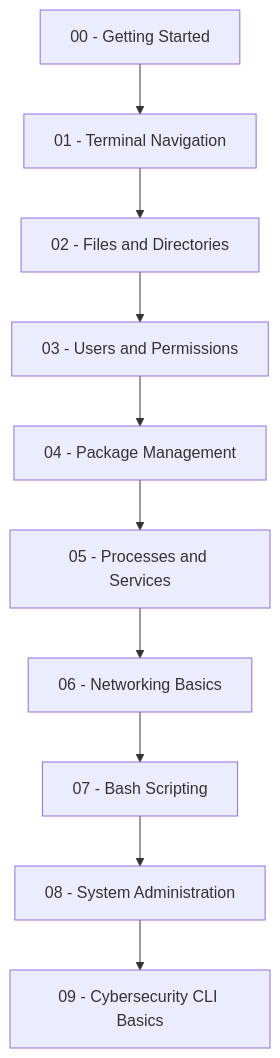
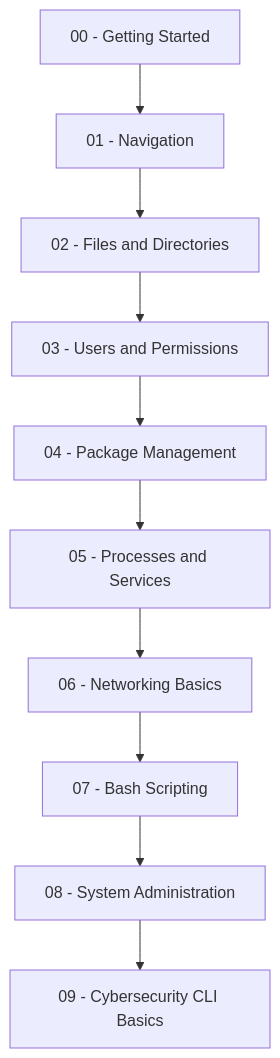
The first of 2 diagrams in README.md (m4ckDev/Linux-School), drawn with Mermaid before and after one commit. The commit also changed other lines of this file and 1 other file, not shown here.

Commit message:
Update README and roadmap with module progress

````diff
--- a/README.md
+++ b/README.md
@@ -84,12 +86,12 @@
 ```mermaid
 flowchart TD
-    A[00 - Getting Started] --> B[01 - Terminal Navigation]
+    A[00 - Getting Started] --> B[01 - Navigation]
     B --> C[02 - Files and Directories]
     C --> D[03 - Users and Permissions]
     D --> E[04 - Package Management]
     E --> F[05 - Processes and Services]
     F --> G[06 - Networking Basics]
     G --> H[07 - Bash Scripting]
     H --> I[08 - System Administration]
     I --> J[09 - Cybersecurity CLI Basics]
 ```
````
